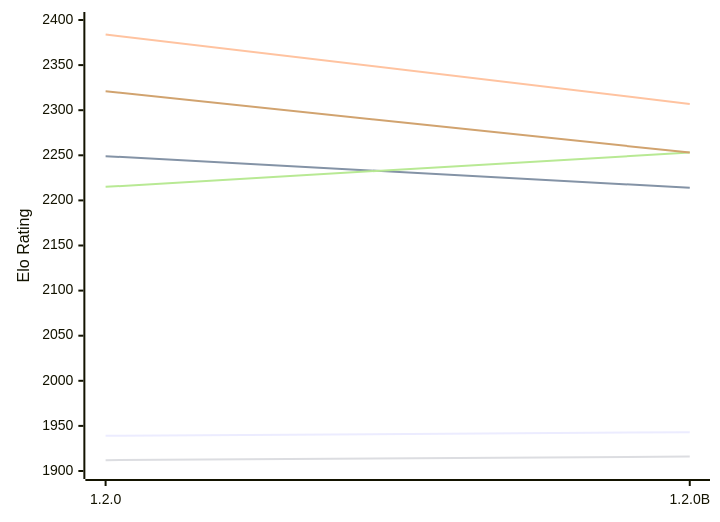
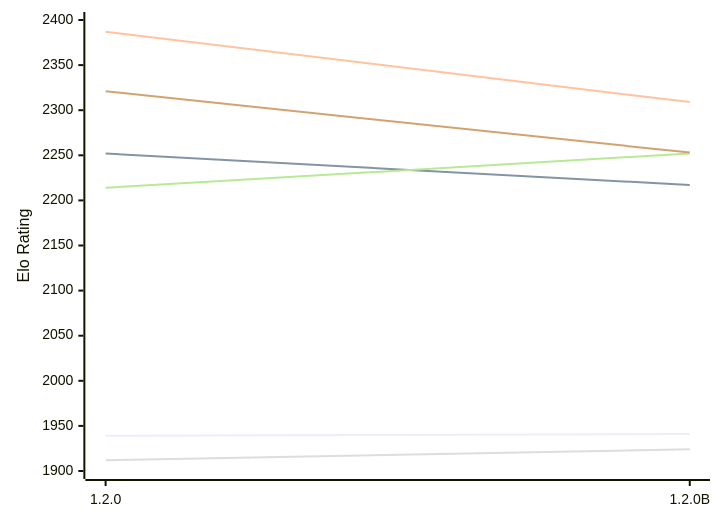
One commit to computer-chess-index/cci changed the first of 2 diagrams in engines/Soomi.md. Above: the diagram before and after it, drawn with Mermaid. The commit also changed other lines of this file, not shown here.

Commit message:
Update CCI Ratings (ELO VLTC) - 2026-11-22

````diff
--- a/engines/Soomi.md
+++ b/engines/Soomi.md
@@ -53,12 +53,12 @@
 ```mermaid
 %%{init: {"theme":"base","themeVariables":{"seriesColors:['#a3a3a3','#222221','#faa371']}}}%%
 xychart-beta
   x-axis ["1.2.0", "1.2.0B"]
   y-axis "Elo Rating" 1900 --> 2400
-  line "E1: STC (8.0+0.08s)" [1939, 1943]
-  line "E1: LTC (60.0+0.60s)" [2249, 2214]
-  line "E1: VLTC (2m24s+1.12s)" [2384, 2307]
-  line "P1: STC (8.0+0.08s)" [1912, 1916]
-  line "P1: LTC (60.0+0.60s)" [2215, 2253]
+  line "E1: STC (8.0+0.08s)" [1939, 1941]
+  line "E1: LTC (60.0+0.60s)" [2252, 2217]
+  line "E1: VLTC (2m24s+1.12s)" [2387, 2309]
+  line "P1: STC (8.0+0.08s)" [1912, 1924]
+  line "P1: LTC (60.0+0.60s)" [2214, 2252]
   line "P1: VLTC (2m24s+1.12s)" [2321, 2253]
 ```
````
